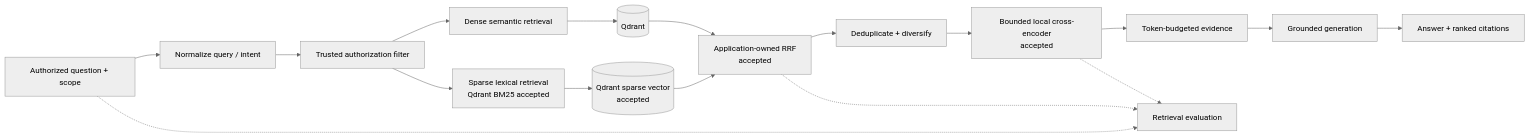
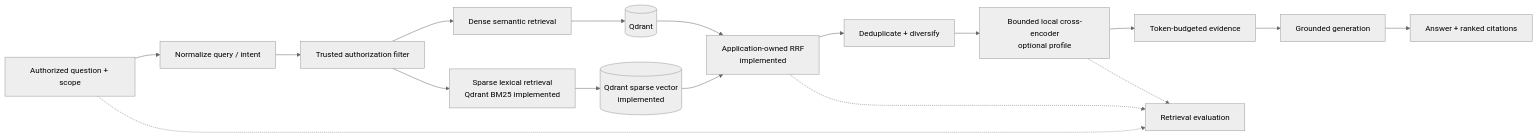
The seventh of 11 diagrams in mm-rag-full-stack-genai-bootcamp-3.0/docs/architecture/ARCHITECTURE.md (mvyas412/ai-projects), drawn with Mermaid (neutral theme) before and after one commit. The commit also changed other lines of this file and 6 other files, not shown here.

````diff
--- a/mm-rag-full-stack-genai-bootcamp-3.0/docs/architecture/ARCHITECTURE.md
+++ b/mm-rag-full-stack-genai-bootcamp-3.0/docs/architecture/ARCHITECTURE.md
@@ -343,19 +344,19 @@
 ```mermaid
 flowchart LR
     question["Authorized question + scope"] --> prep["Normalize query / intent"]
     prep --> filter["Trusted authorization filter"]
     filter --> dense["Dense semantic retrieval"]
-    filter --> sparse["Sparse lexical retrieval<br/>Qdrant BM25 accepted"]
+    filter --> sparse["Sparse lexical retrieval<br/>Qdrant BM25 implemented"]
     dense --> qdrant[("Qdrant")]
-    sparse --> sindex[("Qdrant sparse vector<br/>accepted")]
-    qdrant --> fusion["Application-owned RRF<br/>accepted"]
+    sparse --> sindex[("Qdrant sparse vector<br/>implemented")]
+    qdrant --> fusion["Application-owned RRF<br/>implemented"]
     sindex --> fusion
     fusion --> dedupe["Deduplicate + diversify"]
-    dedupe --> rerank["Bounded local cross-encoder<br/>accepted"]
+    dedupe --> rerank["Bounded local cross-encoder<br/>optional profile"]
     rerank --> context["Token-budgeted evidence"]
     context --> generation["Grounded generation"]
     generation --> answer["Answer + ranked citations"]
     question -.-> evaluation["Retrieval evaluation"]
     fusion -.-> evaluation
     rerank -.-> evaluation
 ```
````
